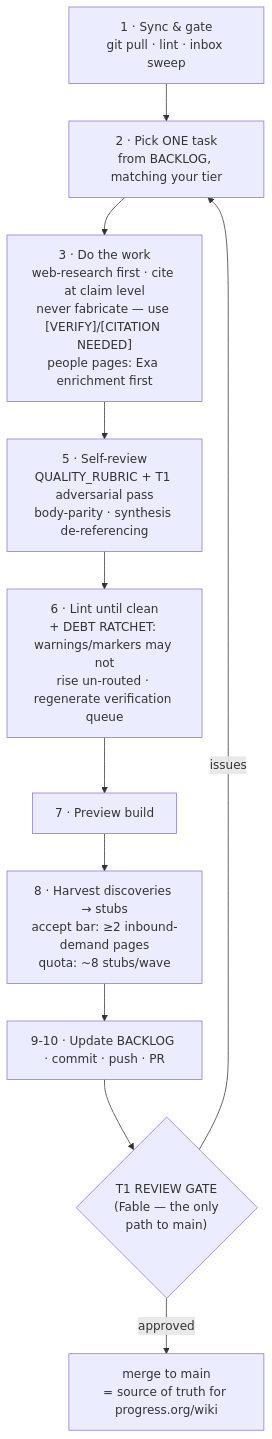
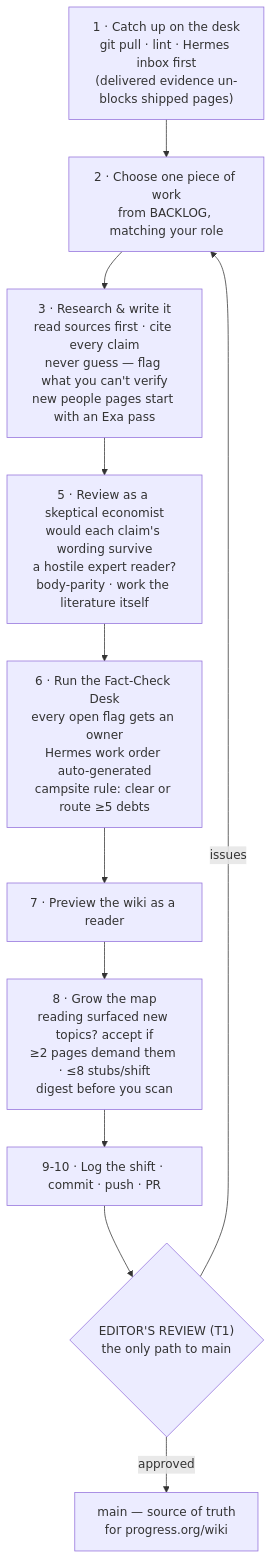
One commit to floydmari/georgism-wiki changed the first of 3 diagrams in docs/loop-diagram.md. Above: the diagram before and after it, drawn with Mermaid. The commit also changed other lines of this file and 9 other files, not shown here.

First line of the commit message:
process: loop reframed in mission language; Fact-Check Desk + digest-before-you-scan machinery

````diff
--- a/docs/loop-diagram.md
+++ b/docs/loop-diagram.md
@@ -14,13 +17,13 @@
 ```mermaid
 flowchart TD
-    A["1 · Sync & gate\ngit pull · lint · inbox sweep"] --> B["2 · Pick ONE task\nfrom BACKLOG, matching your tier"]
-    B --> C["3 · Do the work\nweb-research first · cite at claim level\nnever fabricate — use [VERIFY]/[CITATION NEEDED]\npeople pages: Exa enrichment first"]
-    C --> D["5 · Self-review\nQUALITY_RUBRIC + T1 adversarial pass\nbody-parity · synthesis de-referencing"]
-    D --> E["6 · Lint until clean\n+ DEBT RATCHET: warnings/markers may not\nrise un-routed · regenerate verification queue"]
-    E --> F["7 · Preview build"]
-    F --> G["8 · Harvest discoveries → stubs\naccept bar: ≥2 inbound-demand pages\nquota: ~8 stubs/wave"]
-    G --> H["9-10 · Update BACKLOG · commit · push · PR"]
-    H --> I{"T1 REVIEW GATE\n(Fable — the only\npath to main)"}
-    I -->|approved| J["merge to main\n= source of truth for progress.org/wiki"]
+    A["1 · Catch up on the desk\ngit pull · lint · Hermes inbox first\n(delivered evidence un-blocks shipped pages)"] --> B["2 · Choose one piece of work\nfrom BACKLOG, matching your role"]
+    B --> C["3 · Research & write it\nread sources first · cite every claim\nnever guess — flag what you can't verify\nnew people pages start with an Exa pass"]
+    C --> D["5 · Review as a skeptical economist\nwould each claim's wording survive\na hostile expert reader?\nbody-parity · work the literature itself"]
+    D --> E["6 · Run the Fact-Check Desk\nevery open flag gets an owner\nHermes work order auto-generated\ncampsite rule: clear or route ≥5 debts"]
+    E --> F["7 · Preview the wiki as a reader"]
+    F --> G["8 · Grow the map\nreading surfaced new topics? accept if\n≥2 pages demand them · ≤8 stubs/shift\ndigest before you scan"]
+    G --> H["9-10 · Log the shift · commit · push · PR"]
+    H --> I{"EDITOR'S REVIEW (T1)\nthe only path to main"}
+    I -->|approved| J["main — source of truth\nfor progress.org/wiki"]
     I -->|issues| B
 ```
````
